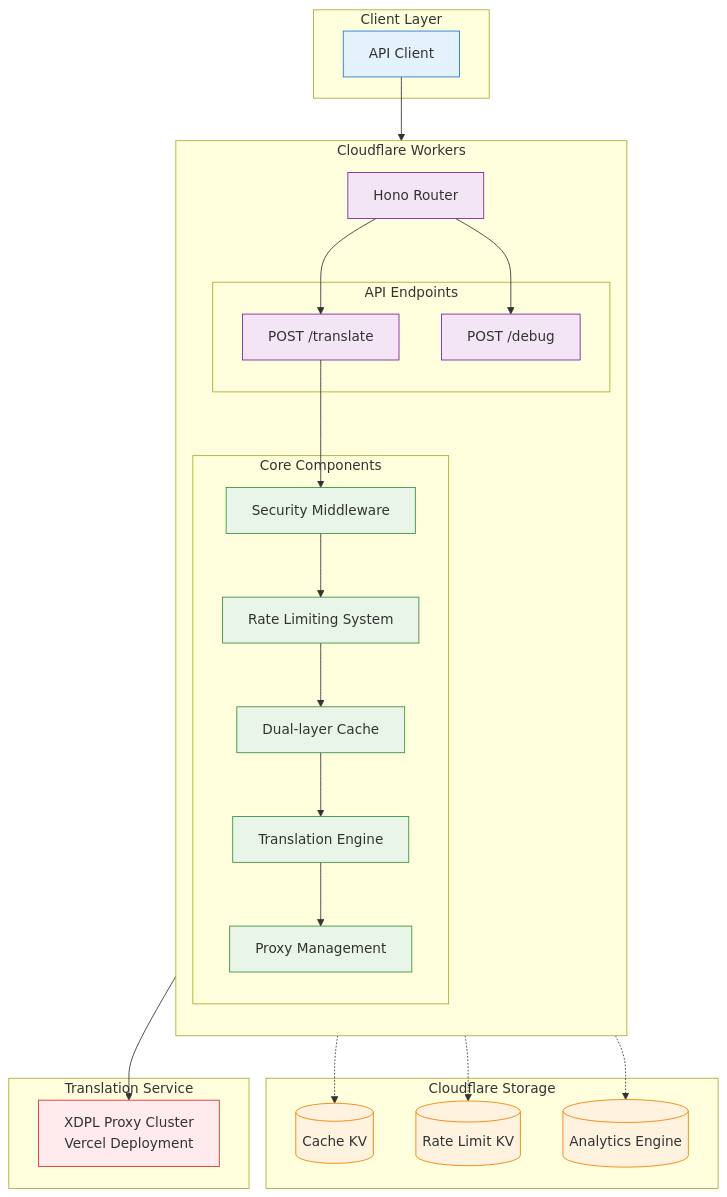
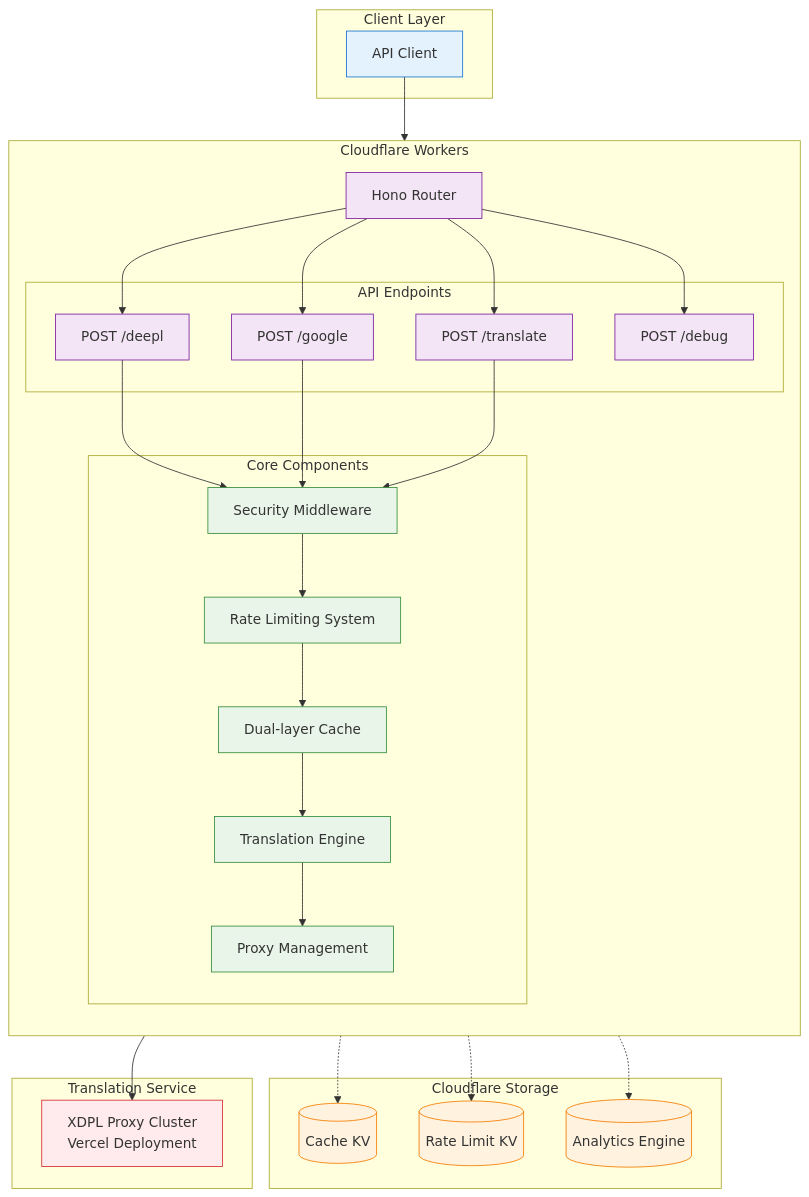
The diagram in README.md (zbf1009/deeplx), drawn with Mermaid before and after one commit. The commit also changed other lines of this file and 1 other file, not shown here.

First line of the commit message:
Update README to add Google Translate support

````diff
--- a/README.md
+++ b/README.md
@@ -60,68 +66,74 @@
 ```mermaid
 graph TB
     %% Client Layer
     subgraph "Client Layer"
         APIClient[API Client]
     end
 
     %% Cloudflare Workers Layer
     subgraph "Cloudflare Workers"
         direction TB
         Router[Hono Router]
         
         subgraph "API Endpoints"
+            DeepL[POST /deepl]
+            Google[POST /google]
             Translate[POST /translate]
             Debug[POST /debug]
         end
         
         subgraph "Core Components"
             Security[Security Middleware]
             RateLimit[Rate Limiting System]
             Cache[Dual-layer Cache]
             Query[Translation Engine]
             Proxy[Proxy Management]
         end
     end
 
     %% Storage Layer
     subgraph "Cloudflare Storage"
         CacheKV[(Cache KV)]
         RateLimitKV[(Rate Limit KV)]
         Analytics[(Analytics Engine)]
     end
 
     %% External Services
     subgraph "Translation Service"
         XDPL[XDPL Proxy Cluster<br/>Vercel Deployment]
     end
 
     %% Connections
     APIClient --> Router
+    Router --> DeepL
+    Router --> Google
     Router --> Translate
     Router --> Debug
     
+    DeepL --> Security
+    Google --> Security
     Translate --> Security
     Security --> RateLimit
     RateLimit --> Cache
     Cache --> Query
     Query --> Proxy
     
     Cache -.-> CacheKV
     RateLimit -.-> RateLimitKV
     Query -.-> Analytics
     
     Proxy --> XDPL
 
     %% Styles
     classDef clientClass fill:#e3f2fd,stroke:#1976d2
     classDef workerClass fill:#f3e5f5,stroke:#7b1fa2
     classDef coreClass fill:#e8f5e8,stroke:#388e3c
     classDef storageClass fill:#fff3e0,stroke:#f57c00
     classDef externalClass fill:#ffebee,stroke:#d32f2f
 
     class APIClient clientClass
-    class Router,Translate,Debug workerClass
+    class Router,DeepL,Google,Translate,Debug workerClass
     class Security,RateLimit,Cache,Query,Proxy coreClass
     class CacheKV,RateLimitKV,Analytics storageClass
     class XDPL externalClass
 ```
````
